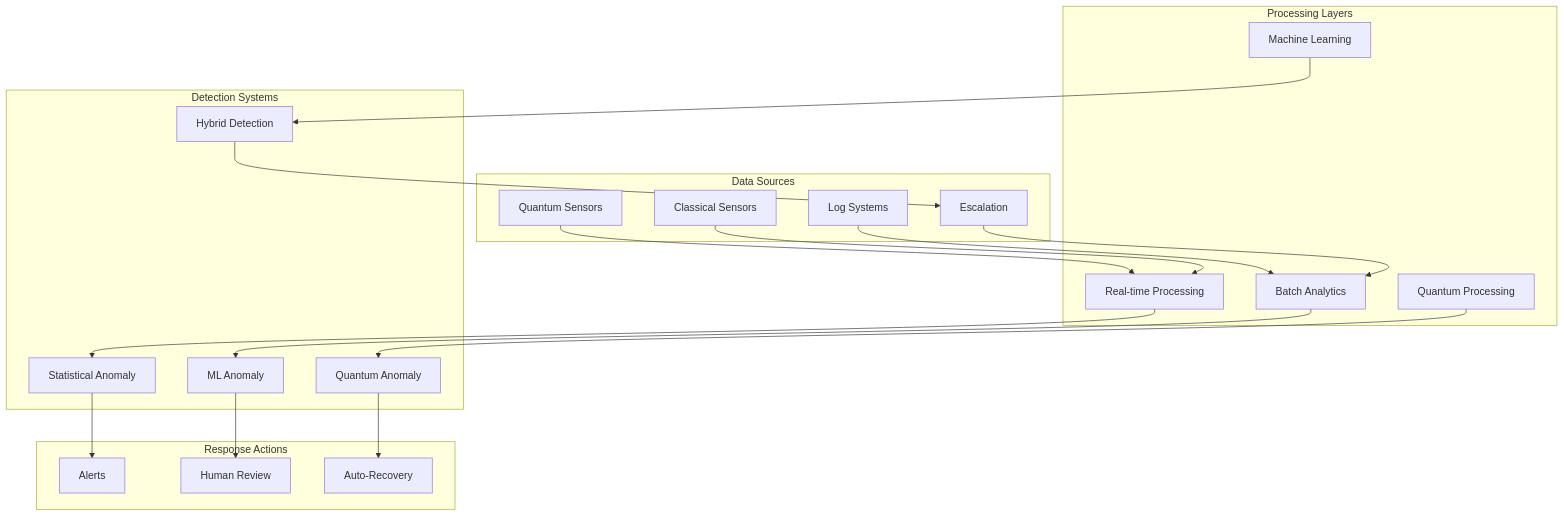
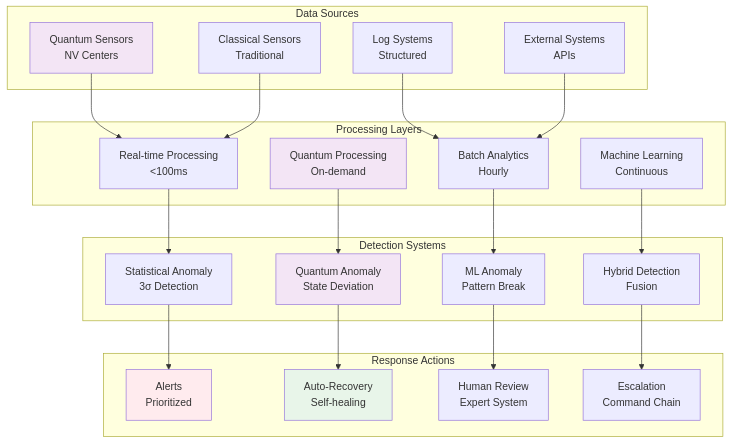
Before and after one commit to Robbbo-T/Robbbo-T: diagram 17 of 33 in README.md, drawn with Mermaid. The commit also changed other lines of this file, not shown here.

````diff
--- a/README.md
+++ b/README.md
@@ -1134,45 +1706,51 @@
 ```mermaid
 graph TB
     subgraph "Data Sources"
-        QS[Quantum Sensors]
-        CS[Classical Sensors]
-        LS[Log Systems]
-        ES[External Systems]
+        QS[Quantum Sensors<br/>NV Centers]
+        CS[Classical Sensors<br/>Traditional]
+        LS[Log Systems<br/>Structured]
+        ES[External Systems<br/>APIs]
     end
     
     subgraph "Processing Layers"
-        RT[Real-time Processing]
-        BA[Batch Analytics]
-        QP[Quantum Processing]
-        ML[Machine Learning]
+        RT[Real-time Processing<br/>&lt;100ms]
+        BA[Batch Analytics<br/>Hourly]
+        QP[Quantum Processing<br/>On-demand]
+        ML[Machine Learning<br/>Continuous]
     end
     
     subgraph "Detection Systems"
-        SA[Statistical Anomaly]
-        QA[Quantum Anomaly]
-        MA[ML Anomaly]
-        HA[Hybrid Detection]
+        SA[Statistical Anomaly<br/>3σ Detection]
+        QA[Quantum Anomaly<br/>State Deviation]
+        MA[ML Anomaly<br/>Pattern Break]
+        HA[Hybrid Detection<br/>Fusion]
     end
     
     subgraph "Response Actions"
-        AL[Alerts]
-        AR[Auto-Recovery]
-        HR[Human Review]
-        ES[Escalation]
+        AL[Alerts<br/>Prioritized]
+        AR[Auto-Recovery<br/>Self-healing]
+        HR[Human Review<br/>Expert System]
+        ES2[Escalation<br/>Command Chain]
     end
     
     QS --> RT
     CS --> RT
     LS --> BA
     ES --> BA
     
     RT --> SA
     BA --> MA
     QP --> QA
     ML --> HA
     
     SA --> AL
     QA --> AR
     MA --> HR
-    HA --> ES
+    HA --> ES2
+    
+    style QS fill:#f3e5f5
+    style QP fill:#f3e5f5
+    style QA fill:#f3e5f5
+    style AL fill:#ffebee
+    style AR fill:#e8f5e9
 ```
````
